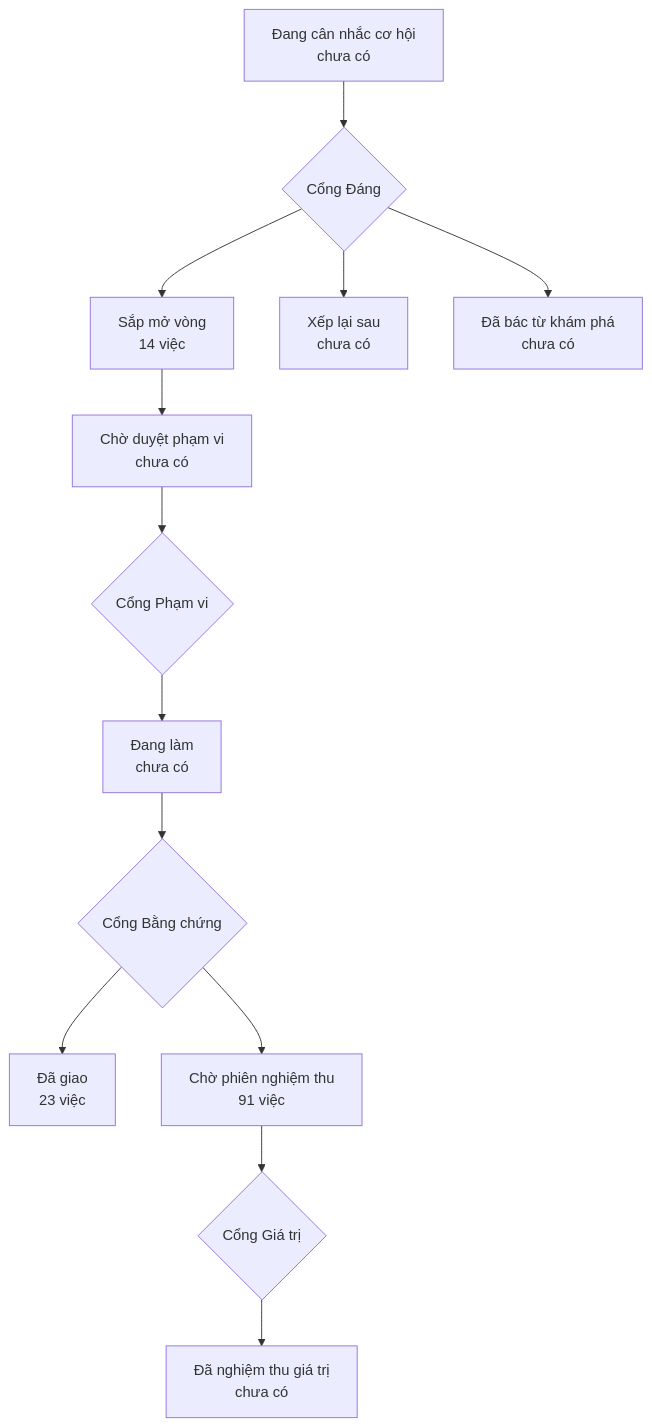
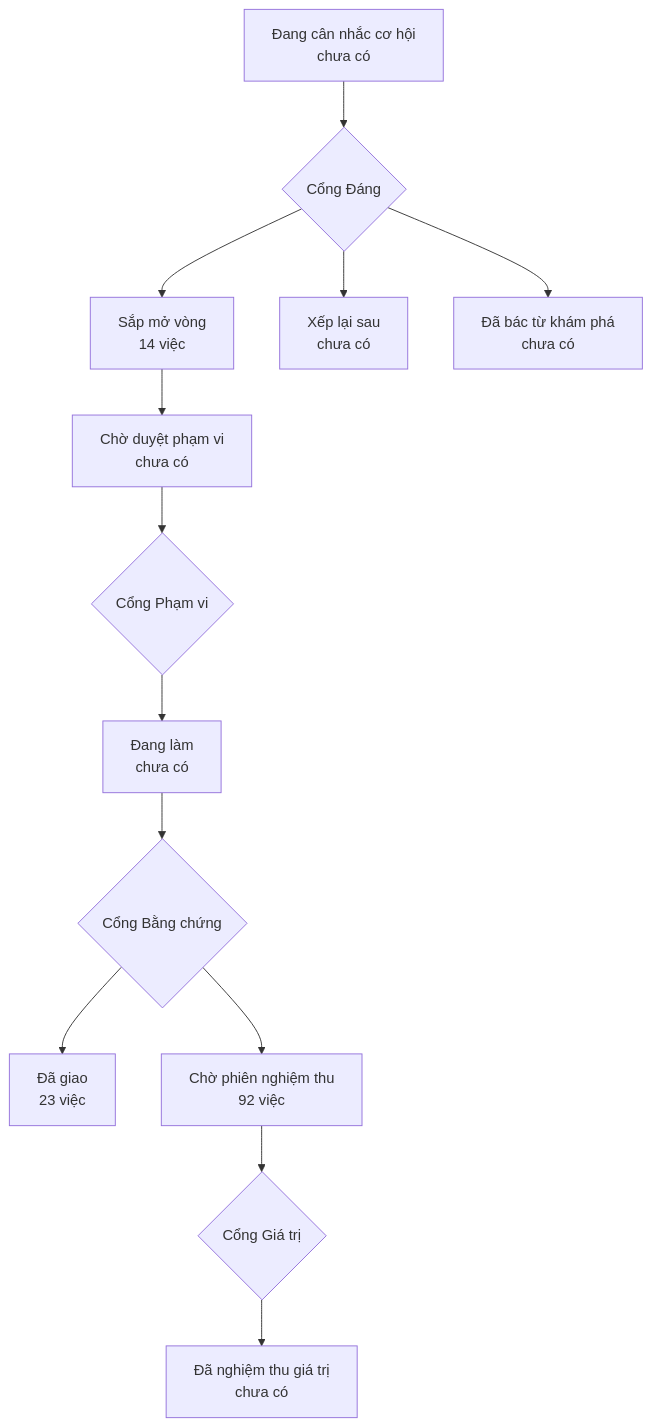
One commit to phanlemanh/onehub-quy-hang changed the diagram in PRODUCT-MAP.md. Above: the diagram before and after it, drawn with Mermaid. The commit also changed other lines of this file and 1 other file, not shown here.

Commit message:
chore(map): vẽ lại bản đồ sản phẩm và lộ trình sau gộp main

````diff
--- a/PRODUCT-MAP.md
+++ b/PRODUCT-MAP.md
@@ -7,12 +7,12 @@
 ```mermaid
 flowchart TD
   A["Đang cân nhắc cơ hội<br/>chưa có"] --> GD{"Cổng Đáng"}
   GD --> B["Sắp mở vòng<br/>14 việc"]
   GD --> XL["Xếp lại sau<br/>chưa có"]
   GD --> DB["Đã bác từ khám phá<br/>chưa có"]
   B --> CD["Chờ duyệt phạm vi<br/>chưa có"] --> GP{"Cổng Phạm vi"}
   GP --> DL["Đang làm<br/>chưa có"] --> GB{"Cổng Bằng chứng"}
   GB --> DG["Đã giao<br/>23 việc"]
-  GB --> CN["Chờ phiên nghiệm thu<br/>91 việc"] --> GG{"Cổng Giá trị"}
+  GB --> CN["Chờ phiên nghiệm thu<br/>92 việc"] --> GG{"Cổng Giá trị"}
   GG --> NT["Đã nghiệm thu giá trị<br/>chưa có"]
 ```
````
